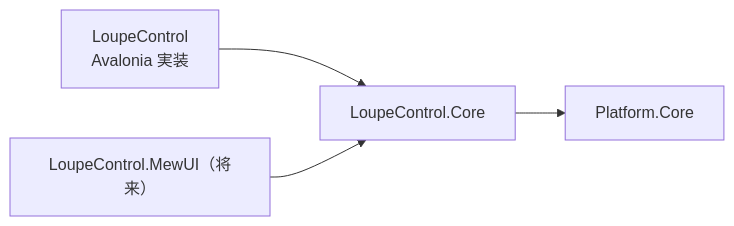
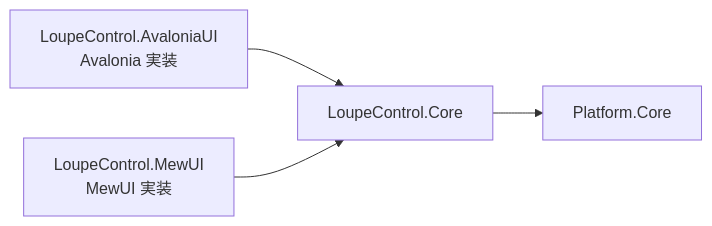
Before and after one commit to tomokuni/SaveEvidence: the first of 2 diagrams in src/LoupeControl.Core/SPEC_System.md, drawn with Mermaid. The commit also changed other lines of this file and 122 other files, not shown here.

````diff
--- a/src/LoupeControl.Core/SPEC_System.md
+++ b/src/LoupeControl.Core/SPEC_System.md
@@ -15,6 +15,6 @@
 ```mermaid
 graph LR
-  A[LoupeControl<br/>Avalonia 実装] --> B[LoupeControl.Core]
-  C["LoupeControl.MewUI（将来）"] --> B
+  A[LoupeControl.AvaloniaUI<br/>Avalonia 実装] --> B[LoupeControl.Core]
+  C[LoupeControl.MewUI<br/>MewUI 実装] --> B
   B --> D[Platform.Core]
 ```
````
